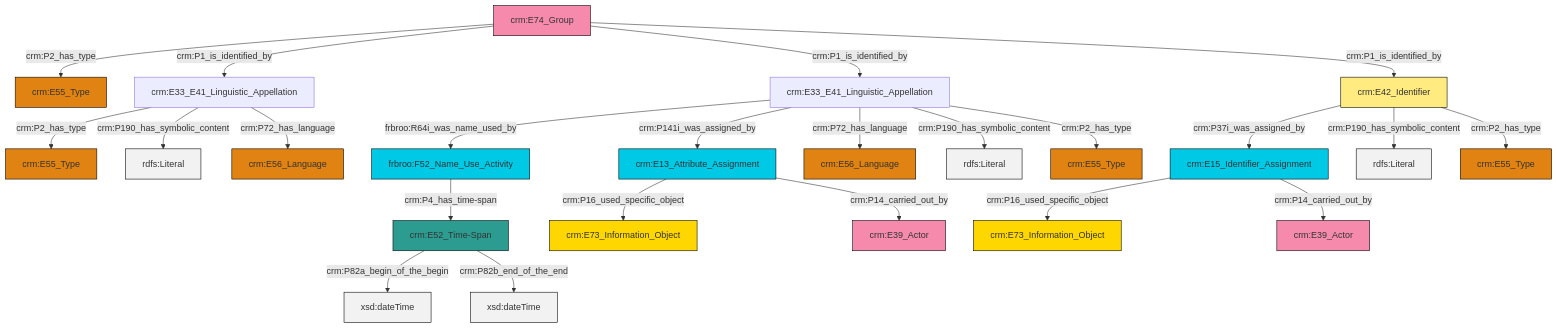
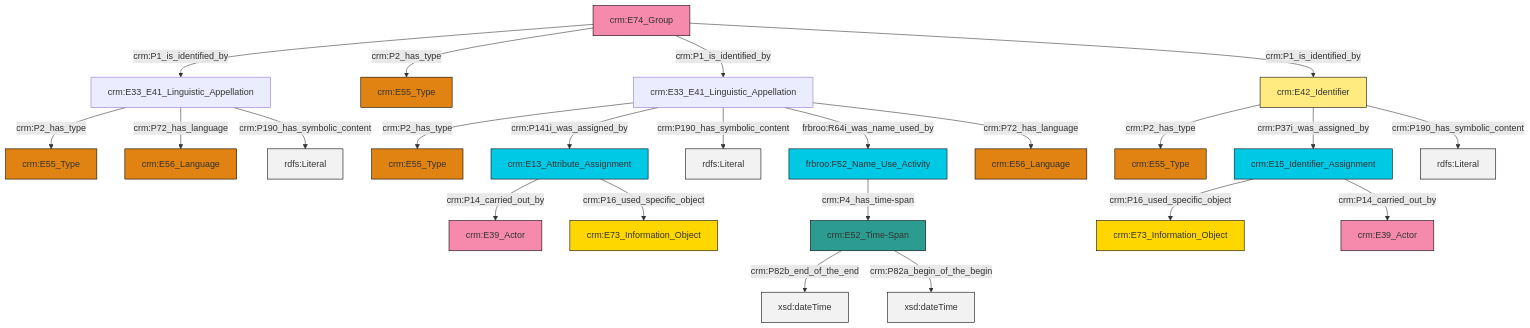
Before and after one commit to swiss-art-research-net/reference-data-models: the diagram in et/groupCSV/ttl/mmd/group_name.ttl.mmd, drawn with Mermaid. The commit also changed 154 other files, not shown here.

```diff
--- a/et/groupCSV/ttl/mmd/group_name.ttl.mmd
+++ b/et/groupCSV/ttl/mmd/group_name.ttl.mmd
@@ -1,37 +1,37 @@
 graph TD
 classDef Literal fill:#f2f2f2,stroke:#000000;
 classDef CRM_Entity fill:#FFFFFF,stroke:#000000;
 classDef Temporal_Entity fill:#00C9E6, stroke:#000000;
 classDef Type fill:#E18312, stroke:#000000;
 classDef Time-Span fill:#2C9C91, stroke:#000000;
 classDef Appellation fill:#FFEB7F, stroke:#000000;
 classDef Place fill:#008836, stroke:#000000;
 classDef Persistent_Item fill:#B266B2, stroke:#000000;
 classDef Conceptual_Object fill:#FFD700, stroke:#000000;
 classDef Physical_Thing fill:#D2B48C, stroke:#000000;
 classDef Actor fill:#f58aad, stroke:#000000;
 classDef PC_Classes fill:#4ce600, stroke:#000000;
 classDef Multi fill:#cccccc,stroke:#000000;
 
-0["crm:E15_Identifier_Assignment"]:::Temporal_Entity -->|crm:P16_used_specific_object| 1["crm:E73_Information_Object"]:::Conceptual_Object
-2["crm:E33_E41_Linguistic_Appellation"]:::Default -->|frbroo:R64i_was_name_used_by| 3["frbroo:F52_Name_Use_Activity"]:::Temporal_Entity
-3["frbroo:F52_Name_Use_Activity"]:::Temporal_Entity -->|crm:P4_has_time-span| 6["crm:E52_Time-Span"]:::Time-Span
-7["crm:E13_Attribute_Assignment"]:::Temporal_Entity -->|crm:P16_used_specific_object| 8["crm:E73_Information_Object"]:::Conceptual_Object
-9["crm:E33_E41_Linguistic_Appellation"]:::Default -->|crm:P2_has_type| 4["crm:E55_Type"]:::Type
-9["crm:E33_E41_Linguistic_Appellation"]:::Default -->|crm:P190_has_symbolic_content| 10[rdfs:Literal]:::Literal
-11["crm:E74_Group"]:::Actor -->|crm:P2_has_type| 12["crm:E55_Type"]:::Type
-0["crm:E15_Identifier_Assignment"]:::Temporal_Entity -->|crm:P14_carried_out_by| 13["crm:E39_Actor"]:::Actor
-2["crm:E33_E41_Linguistic_Appellation"]:::Default -->|crm:P141i_was_assigned_by| 7["crm:E13_Attribute_Assignment"]:::Temporal_Entity
-2["crm:E33_E41_Linguistic_Appellation"]:::Default -->|crm:P72_has_language| 21["crm:E56_Language"]:::Type
-22["crm:E42_Identifier"]:::Appellation -->|crm:P37i_was_assigned_by| 0["crm:E15_Identifier_Assignment"]:::Temporal_Entity
-9["crm:E33_E41_Linguistic_Appellation"]:::Default -->|crm:P72_has_language| 18["crm:E56_Language"]:::Type
-7["crm:E13_Attribute_Assignment"]:::Temporal_Entity -->|crm:P14_carried_out_by| 16["crm:E39_Actor"]:::Actor
-11["crm:E74_Group"]:::Actor -->|crm:P1_is_identified_by| 9["crm:E33_E41_Linguistic_Appellation"]:::Default
-2["crm:E33_E41_Linguistic_Appellation"]:::Default -->|crm:P190_has_symbolic_content| 31[rdfs:Literal]:::Literal
-22["crm:E42_Identifier"]:::Appellation -->|crm:P190_has_symbolic_content| 33[rdfs:Literal]:::Literal
-2["crm:E33_E41_Linguistic_Appellation"]:::Default -->|crm:P2_has_type| 14["crm:E55_Type"]:::Type
-6["crm:E52_Time-Span"]:::Time-Span -->|crm:P82a_begin_of_the_begin| 37[xsd:dateTime]:::Literal
-22["crm:E42_Identifier"]:::Appellation -->|crm:P2_has_type| 23["crm:E55_Type"]:::Type
-6["crm:E52_Time-Span"]:::Time-Span -->|crm:P82b_end_of_the_end| 41[xsd:dateTime]:::Literal
-11["crm:E74_Group"]:::Actor -->|crm:P1_is_identified_by| 2["crm:E33_E41_Linguistic_Appellation"]:::Default
-11["crm:E74_Group"]:::Actor -->|crm:P1_is_identified_by| 22["crm:E42_Identifier"]:::Appellation
+0["crm:E33_E41_Linguistic_Appellation"]:::Default -->|crm:P2_has_type| 1["crm:E55_Type"]:::Type
+6["crm:E42_Identifier"]:::Appellation -->|crm:P2_has_type| 7["crm:E55_Type"]:::Type
+4["crm:E33_E41_Linguistic_Appellation"]:::Default -->|crm:P2_has_type| 8["crm:E55_Type"]:::Type
+9["crm:E15_Identifier_Assignment"]:::Temporal_Entity -->|crm:P16_used_specific_object| 10["crm:E73_Information_Object"]:::Conceptual_Object
+14["crm:E74_Group"]:::Actor -->|crm:P1_is_identified_by| 4["crm:E33_E41_Linguistic_Appellation"]:::Default
+4["crm:E33_E41_Linguistic_Appellation"]:::Default -->|crm:P72_has_language| 21["crm:E56_Language"]:::Type
+18["crm:E13_Attribute_Assignment"]:::Temporal_Entity -->|crm:P14_carried_out_by| 22["crm:E39_Actor"]:::Actor
+2["crm:E52_Time-Span"]:::Time-Span -->|crm:P82b_end_of_the_end| 23[xsd:dateTime]:::Literal
+14["crm:E74_Group"]:::Actor -->|crm:P2_has_type| 24["crm:E55_Type"]:::Type
+0["crm:E33_E41_Linguistic_Appellation"]:::Default -->|crm:P141i_was_assigned_by| 18["crm:E13_Attribute_Assignment"]:::Temporal_Entity
+6["crm:E42_Identifier"]:::Appellation -->|crm:P37i_was_assigned_by| 9["crm:E15_Identifier_Assignment"]:::Temporal_Entity
+0["crm:E33_E41_Linguistic_Appellation"]:::Default -->|crm:P190_has_symbolic_content| 33[rdfs:Literal]:::Literal
+18["crm:E13_Attribute_Assignment"]:::Temporal_Entity -->|crm:P16_used_specific_object| 25["crm:E73_Information_Object"]:::Conceptual_Object
+4["crm:E33_E41_Linguistic_Appellation"]:::Default -->|crm:P190_has_symbolic_content| 34[rdfs:Literal]:::Literal
+0["crm:E33_E41_Linguistic_Appellation"]:::Default -->|frbroo:R64i_was_name_used_by| 35["frbroo:F52_Name_Use_Activity"]:::Temporal_Entity
+14["crm:E74_Group"]:::Actor -->|crm:P1_is_identified_by| 0["crm:E33_E41_Linguistic_Appellation"]:::Default
+0["crm:E33_E41_Linguistic_Appellation"]:::Default -->|crm:P72_has_language| 11["crm:E56_Language"]:::Type
+2["crm:E52_Time-Span"]:::Time-Span -->|crm:P82a_begin_of_the_begin| 37[xsd:dateTime]:::Literal
+35["frbroo:F52_Name_Use_Activity"]:::Temporal_Entity -->|crm:P4_has_time-span| 2["crm:E52_Time-Span"]:::Time-Span
+9["crm:E15_Identifier_Assignment"]:::Temporal_Entity -->|crm:P14_carried_out_by| 39["crm:E39_Actor"]:::Actor
+14["crm:E74_Group"]:::Actor -->|crm:P1_is_identified_by| 6["crm:E42_Identifier"]:::Appellation
+6["crm:E42_Identifier"]:::Appellation -->|crm:P190_has_symbolic_content| 41[rdfs:Literal]:::Literal
```
